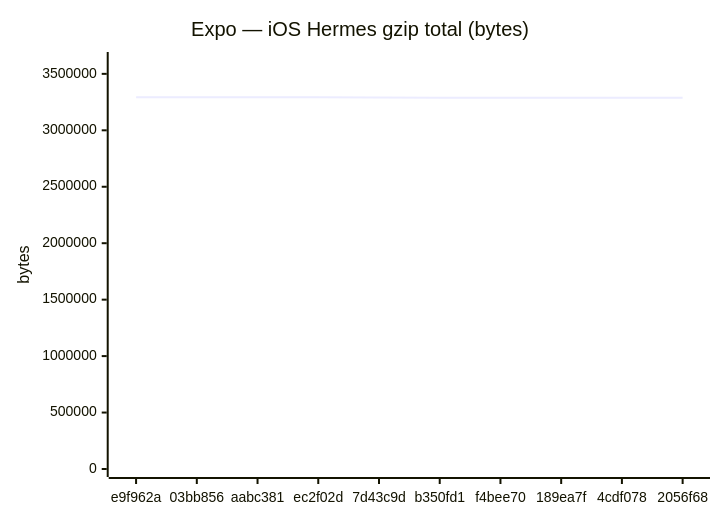
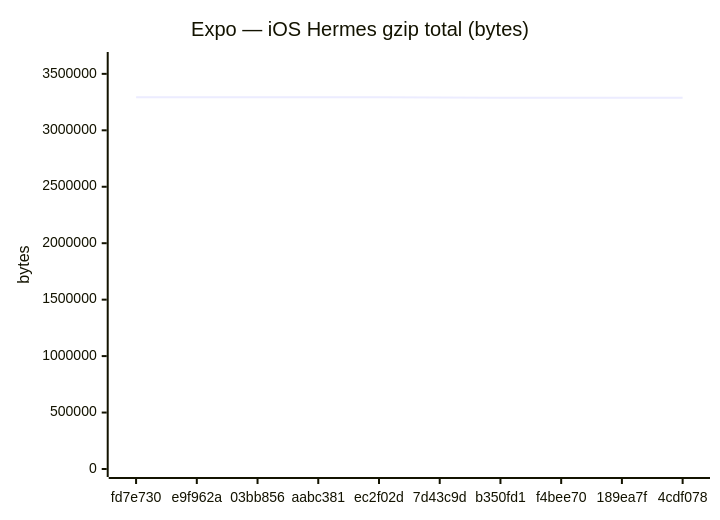
The sixth of 18 diagrams in benchmarks/compare.md (Metaheurist/Rianell), drawn with Mermaid before and after one commit. The commit also changed other lines of this file and 11 other files, not shown here.

````diff
--- a/benchmarks/compare.md
+++ b/benchmarks/compare.md
@@ -96,7 +96,7 @@
 ```mermaid
 xychart-beta
     title "Expo — iOS Hermes gzip total (bytes)"
-    x-axis ["e9f962a", "03bb856", "aabc381", "ec2f02d", "7d43c9d", "b350fd1", "f4bee70", "189ea7f", "4cdf078", "2056f68"]
+    x-axis ["fd7e730", "e9f962a", "03bb856", "aabc381", "ec2f02d", "7d43c9d", "b350fd1", "f4bee70", "189ea7f", "4cdf078"]
     y-axis "bytes" 0 --> 3622750
-    line [3293198, 3293200, 3293409, 3293314, 3291396, 3288856, 3288399, 3288861, 3288877, 3288270]
+    line [3293199, 3293198, 3293200, 3293409, 3293314, 3291396, 3288856, 3288399, 3288861, 3288877]
 ```
````
